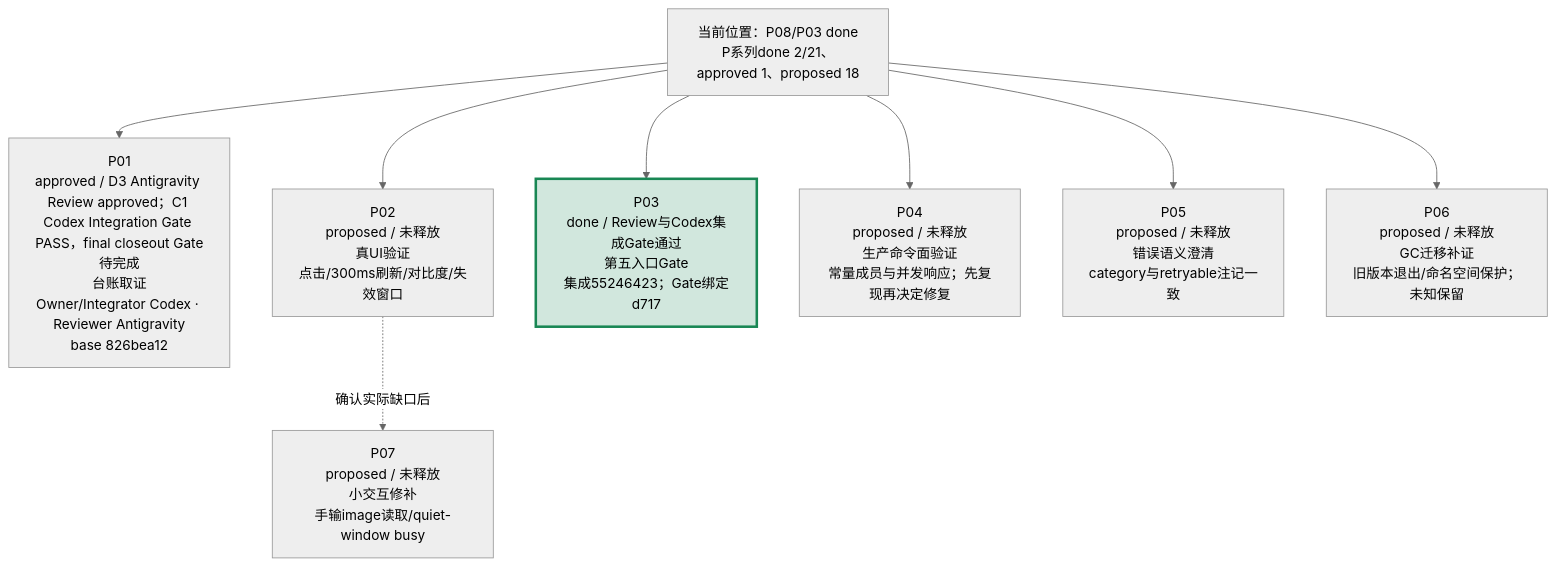
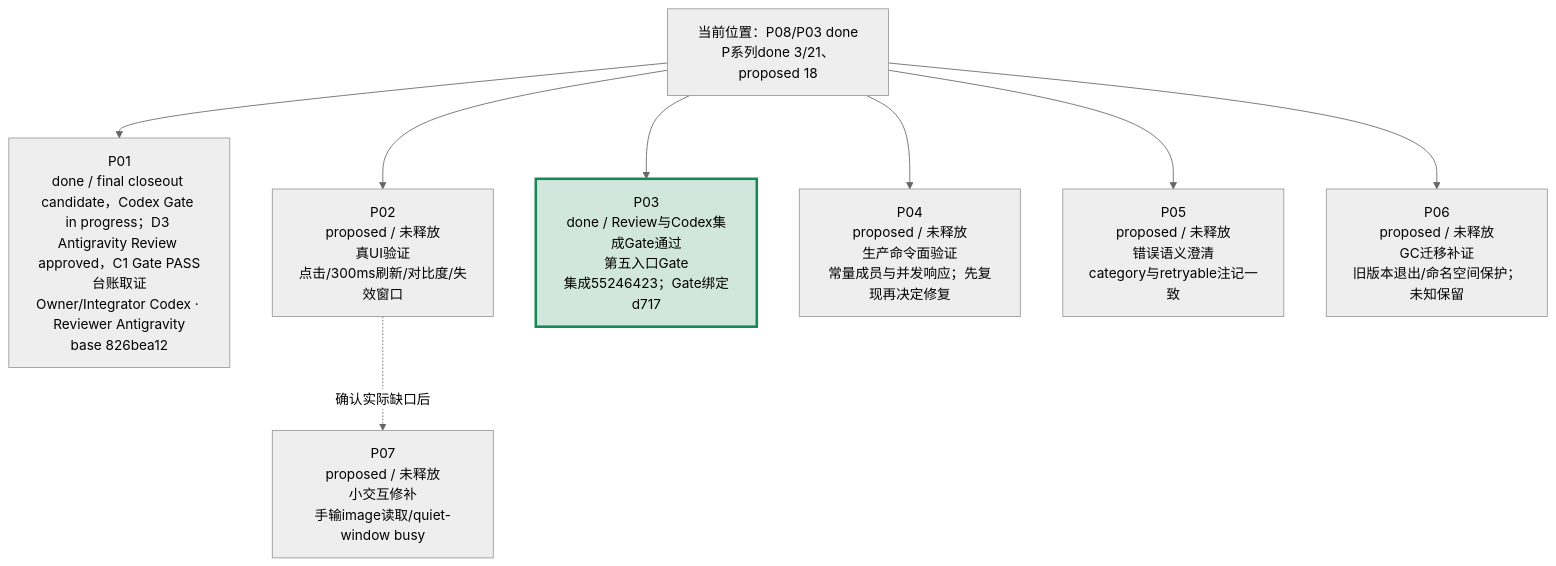
One commit to peakwheat-pixel/New-Manga changed the second of 4 diagrams in verification/PROJECT-ROADMAP-20261008/ROADMAP.md. Above: the diagram before and after it, drawn with Mermaid (neutral theme). The commit also changed other lines of this file and 10 other files, not shown here.

Commit message:
P01: checkpoint closeout gate candidate

````diff
--- a/verification/PROJECT-ROADMAP-20261008/ROADMAP.md
+++ b/verification/PROJECT-ROADMAP-20261008/ROADMAP.md
@@ -30,11 +30,11 @@
 ```mermaid
 flowchart TB
-  BASE["当前位置：P08/P03 done<br/>P系列done 2/21、approved 1、proposed 18"] --> P01["P01<br/>approved / D3 Antigravity Review approved；C1 Codex Integration Gate PASS，final closeout Gate待完成<br/>台账取证<br/>Owner/Integrator Codex · Reviewer Antigravity<br/>base 826bea12"]
+  BASE["当前位置：P08/P03 done<br/>P系列done 3/21、proposed 18"] --> P01["P01<br/>done / final closeout candidate，Codex Gate in progress；D3 Antigravity Review approved，C1 Gate PASS<br/>台账取证<br/>Owner/Integrator Codex · Reviewer Antigravity<br/>base 826bea12"]
   BASE --> P02["P02<br/>proposed / 未释放<br/>真UI验证<br/>点击/300ms刷新/对比度/失效窗口"]
   BASE --> P03["P03<br/>done / Review与Codex集成Gate通过<br/>第五入口Gate<br/>集成55246423；Gate绑定d717"]
   BASE --> P04["P04<br/>proposed / 未释放<br/>生产命令面验证<br/>常量成员与并发响应；先复现再决定修复"]
   BASE --> P05["P05<br/>proposed / 未释放<br/>错误语义澄清<br/>category与retryable注记一致"]
   BASE --> P06["P06<br/>proposed / 未释放<br/>GC迁移补证<br/>旧版本退出/命名空间保护；未知保留"]
   P02 -. "确认实际缺口后" .-> P07["P07<br/>proposed / 未释放<br/>小交互修补<br/>手输image读取/quiet-window busy"]
   style P03 fill:#d1e7dd,stroke:#198754,stroke-width:3px
 ```
````
